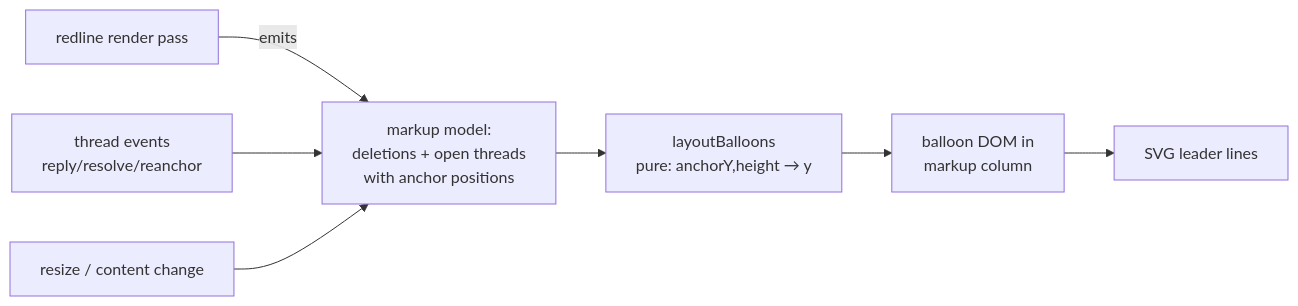
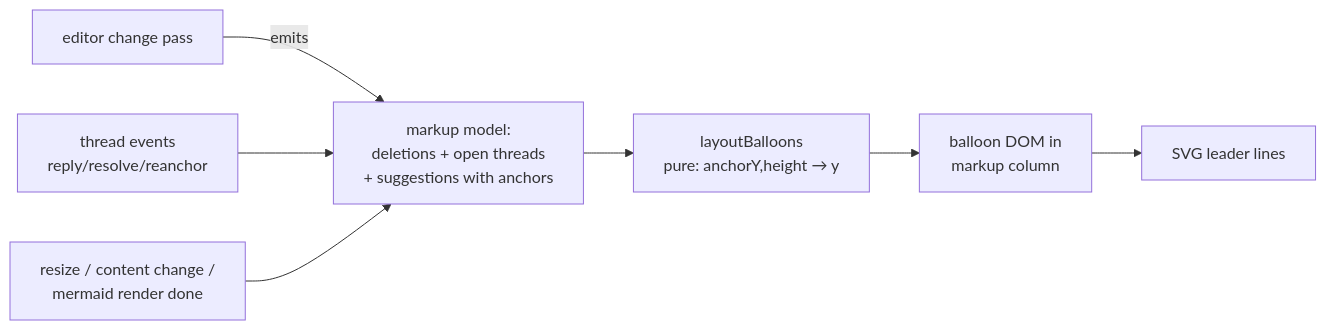
Before and after one commit to fryanpan/claude-live-feedback-plugin: the diagram in docs/product/plans/redline-balloons-plan.md, drawn with Mermaid. The commit also changed other lines of this file, not shown here.

First line of the commit message:
docs(plan): reorganize redline plan — one narrative, agent suggest/edit/comment verbs first-class

````diff
--- a/docs/product/plans/redline-balloons-plan.md
+++ b/docs/product/plans/redline-balloons-plan.md
@@ -31,9 +47,9 @@
 ```mermaid
 flowchart LR
-  R[redline render pass] -->|emits| M[markup model:\ndeletions + open threads\nwith anchor positions]
+  R[editor change pass] -->|emits| M[markup model:\ndeletions + open threads\n+ suggestions with anchors]
   M --> L[layoutBalloons\npure: anchorY,height → y]
   L --> B[balloon DOM in\nmarkup column]
   B --> S[SVG leader lines]
   T[thread events\nreply/resolve/reanchor] --> M
-  V[resize / content change] --> M
+  V[resize / content change /\nmermaid render done] --> M
 ```
````
